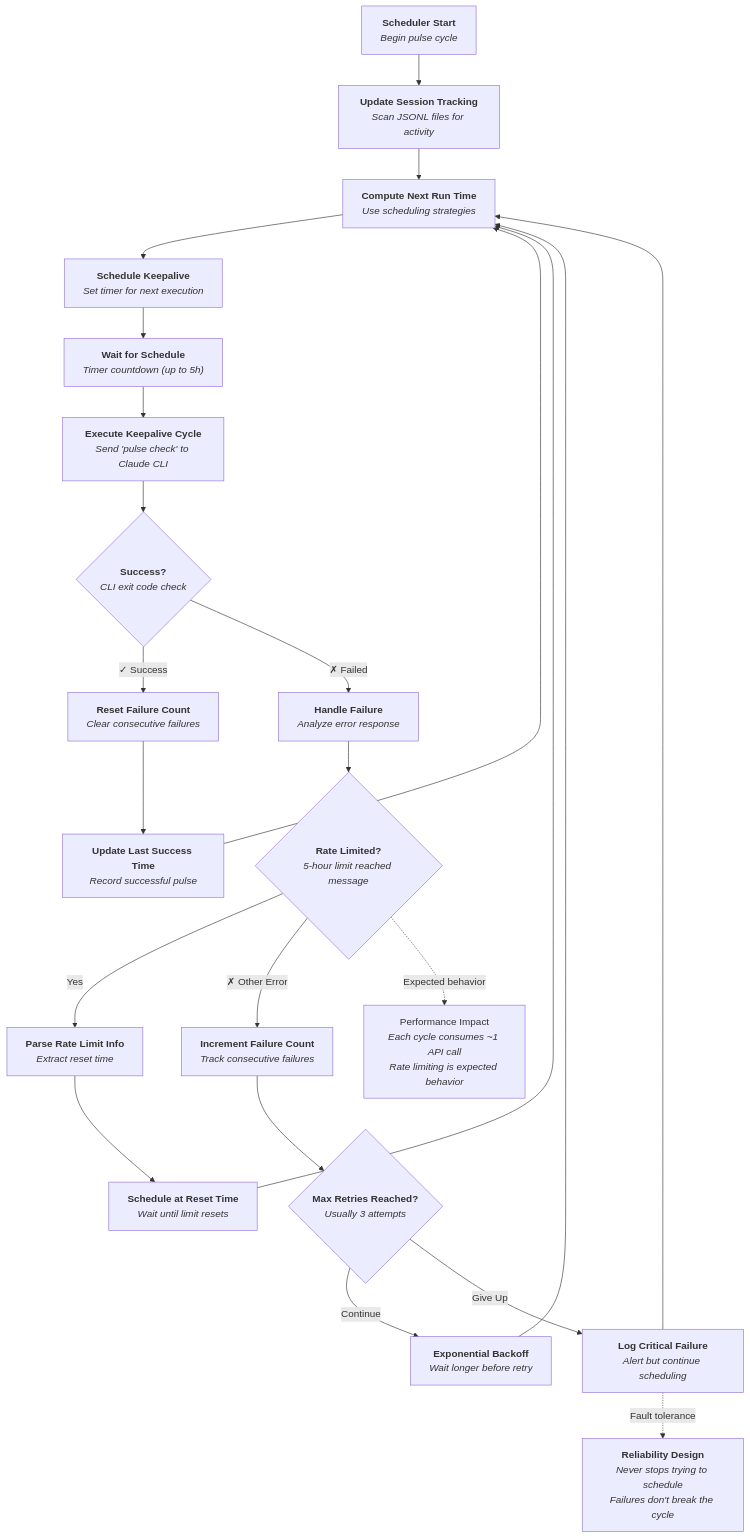
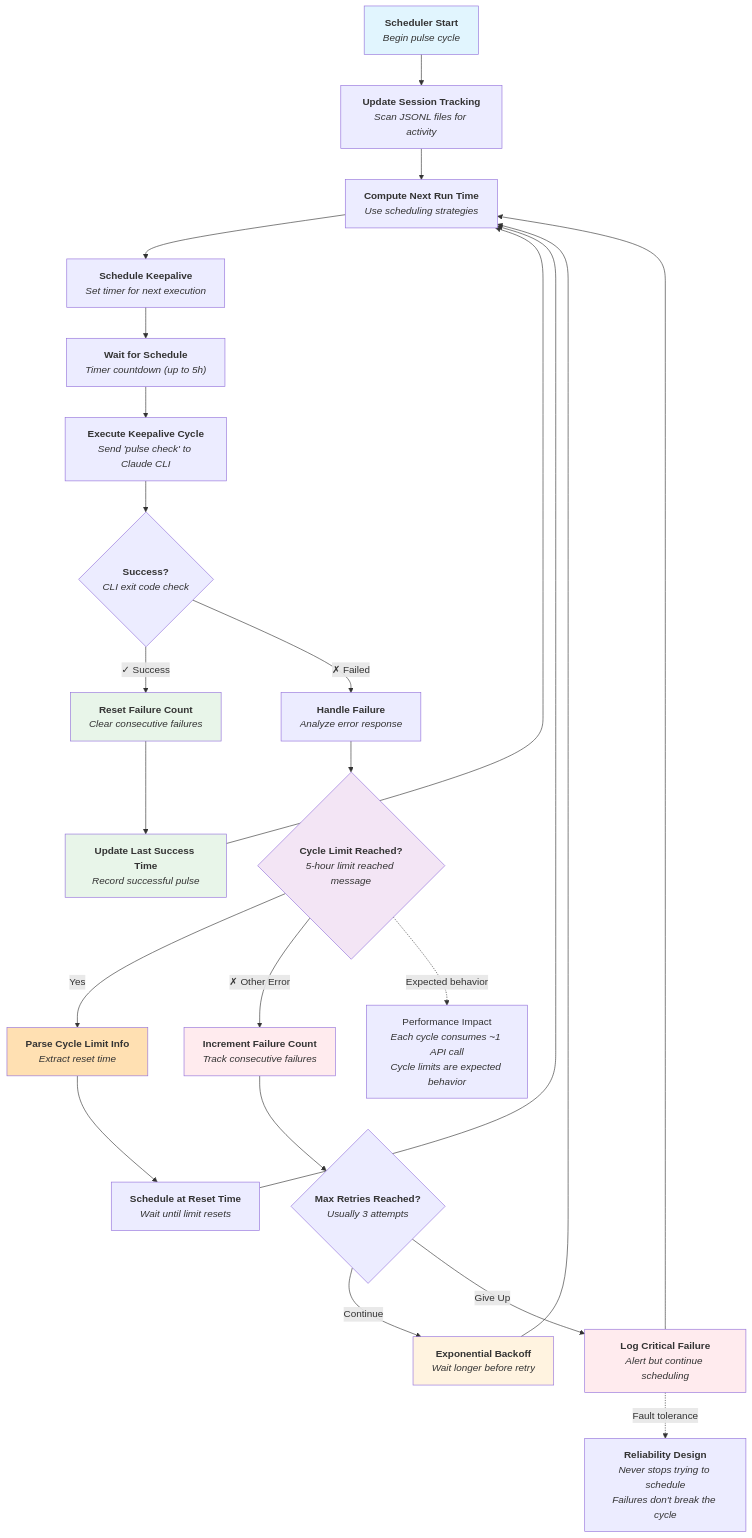
Before and after one commit to substance0/claudepulse: the third of 11 diagrams in docs/workflow-diagrams.md, drawn with Mermaid. The commit also changed other lines of this file and 38 other files, not shown here.

````diff
--- a/docs/workflow-diagrams.md
+++ b/docs/workflow-diagrams.md
@@ -123,68 +127,78 @@
 ```mermaid
 graph TD
     A["`**Scheduler Start**
     _Begin pulse cycle_`"] --> B["`**Update Session Tracking**
     _Scan JSONL files for activity_`"]
 
     B --> C["`**Compute Next Run Time**
     _Use scheduling strategies_`"]
 
     C --> D["`**Schedule Keepalive**
     _Set timer for next execution_`"]
 
     D --> E["`**Wait for Schedule**
     _Timer countdown (up to 5h)_`"]
 
     E --> F["`**Execute Keepalive Cycle**
     _Send 'pulse check' to Claude CLI_`"]
 
     F --> G{"`**Success?**
     _CLI exit code check_`"}
 
     G -->|"✓ Success"| H["`**Reset Failure Count**
     _Clear consecutive failures_`"]
 
     G -->|"✗ Failed"| I["`**Handle Failure**
     _Analyze error response_`"]
 
     H --> J["`**Update Last Success Time**
     _Record successful pulse_`"]
 
-    I --> K{"`**Rate Limited?**
+    I --> K{"`**Cycle Limit Reached?**
     _5-hour limit reached message_`"}
 
-    K -->|"Yes"| L["`**Parse Rate Limit Info**
+    K -->|"Yes"| L["`**Parse Cycle Limit Info**
     _Extract reset time_`"]
 
     K -->|"✗ Other Error"| M["`**Increment Failure Count**
     _Track consecutive failures_`"]
 
     L --> N["`**Schedule at Reset Time**
     _Wait until limit resets_`"]
 
     M --> O{"`**Max Retries Reached?**
     _Usually 3 attempts_`"}
 
     O -->|"Continue"| P["`**Exponential Backoff**
     _Wait longer before retry_`"]
 
     O -->|"Give Up"| Q["`**Log Critical Failure**
     _Alert but continue scheduling_`"]
 
     P --> C
     N --> C
     J --> C
     Q --> C
 
     %% Annotations
     NOTE3["`Performance Impact
     _Each cycle consumes ~1 API call
-    Rate limiting is expected behavior_`"]
+    Cycle limits are expected behavior_`"]
 
     NOTE4["`**Reliability Design**
     _Never stops trying to schedule
     Failures don't break the cycle_`"]
 
     K -.->|"Expected behavior"| NOTE3
     Q -.->|"Fault tolerance"| NOTE4
+
+    %% Consistent styling
+    style A fill:#e1f5fe
+    style H fill:#e8f5e9
+    style J fill:#e8f5e9
+    style K fill:#f3e5f5
+    style L fill:#ffe0b2
+    style M fill:#ffebee
+    style P fill:#fff3e0
+    style Q fill:#ffebee
 ```
````
